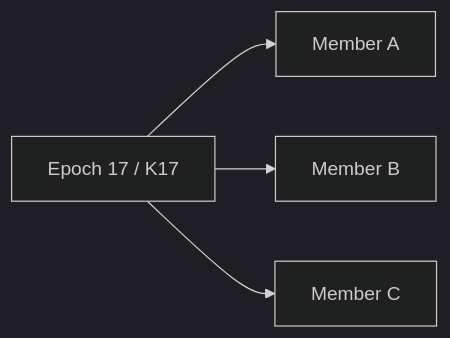
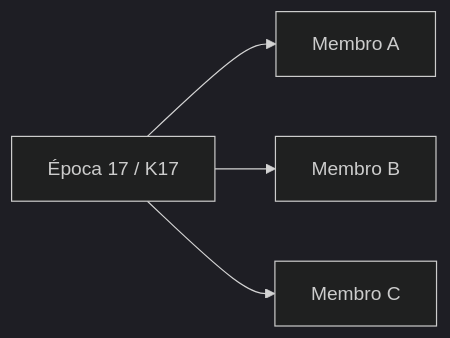
One commit to hugobessa/vamo-virar changed the eighth of 21 diagrams in docs/architecture.md. Above: the diagram before and after it, drawn with Mermaid (dark theme). The commit also changed other lines of this file and 30 other files, not shown here.

````diff
--- a/docs/architecture.md
+++ b/docs/architecture.md
@@ -303,6 +303,6 @@
 ```mermaid
 flowchart LR
-    K17[Epoch 17 / K17] --> A[Member A]
-    K17 --> B[Member B]
-    K17 --> C[Member C]
+    K17[Época 17 / K17] --> A[Membro A]
+    K17 --> B[Membro B]
+    K17 --> C[Membro C]
 ```
````
